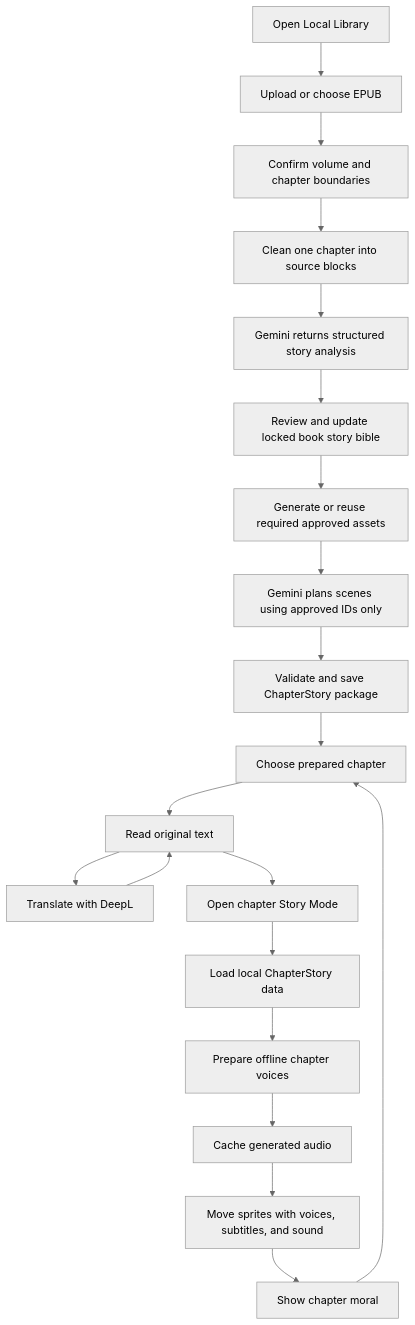
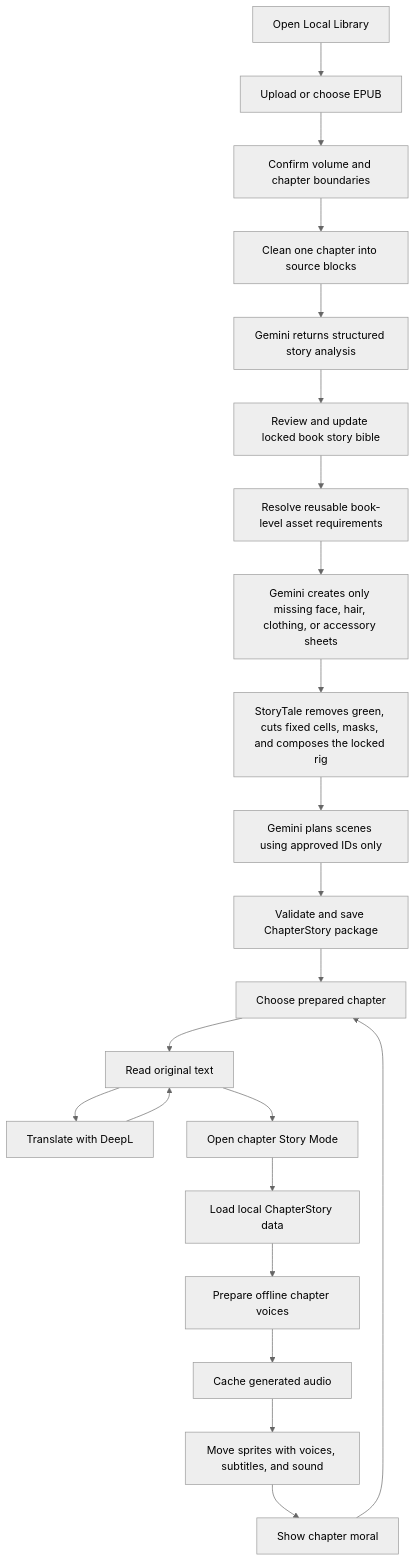
Before and after one commit to Jbeloz/StoryTale: the diagram in docs/APP_FLOW.md, drawn with Mermaid (neutral theme). The commit also changed other lines of this file and 29 other files, not shown here.

````diff
--- a/docs/APP_FLOW.md
+++ b/docs/APP_FLOW.md
@@ -3,22 +3,24 @@
 ```mermaid
 flowchart TD
     A["Open Local Library"] --> B["Upload or choose EPUB"]
     B --> P["Confirm volume and chapter boundaries"]
     P --> R["Clean one chapter into source blocks"]
     R --> S["Gemini returns structured story analysis"]
     S --> Q["Review and update locked book story bible"]
-    Q --> T["Generate or reuse required approved assets"]
-    T --> U["Gemini plans scenes using approved IDs only"]
+    Q --> T["Resolve reusable book-level asset requirements"]
+    T --> W["Gemini creates only missing face, hair, clothing, or accessory sheets"]
+    W --> X["StoryTale removes green, cuts fixed cells, masks, and composes the locked rig"]
+    X --> U["Gemini plans scenes using approved IDs only"]
     U --> V["Validate and save ChapterStory package"]
     V --> C["Choose prepared chapter"]
     C --> D["Read original text"]
     D --> E["Translate with DeepL"]
     D --> G["Open chapter Story Mode"]
     G --> H["Load local ChapterStory data"]
     H --> F["Prepare offline chapter voices"]
     F --> K["Cache generated audio"]
     K --> I["Move sprites with voices, subtitles, and sound"]
     I --> J["Show chapter moral"]
     E --> D
     J --> C
 ```
````
